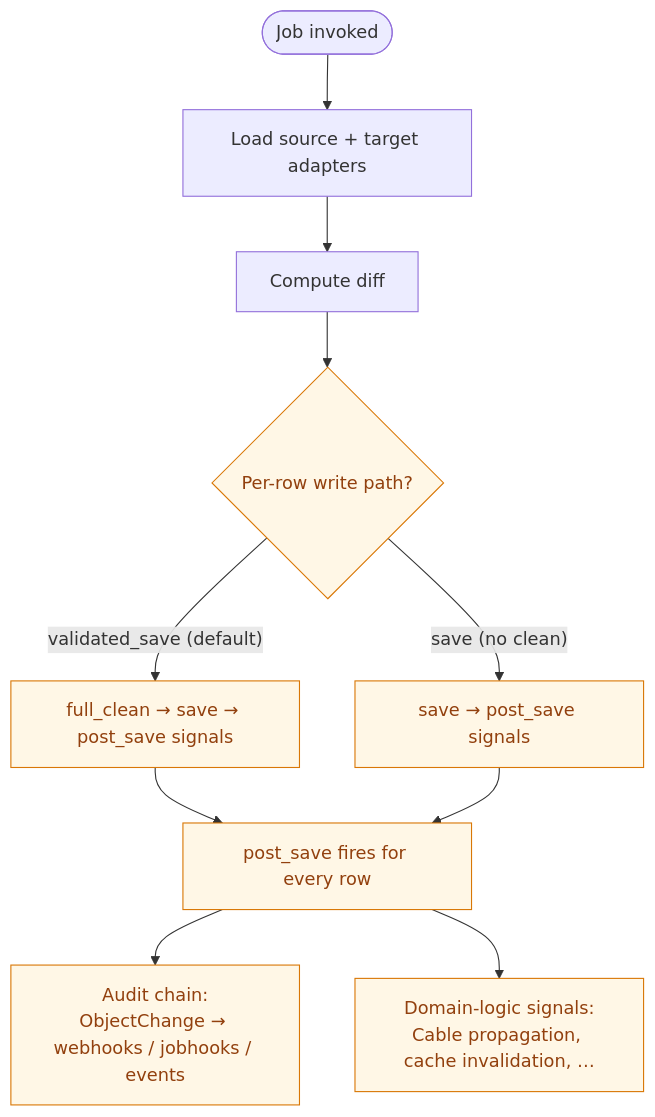
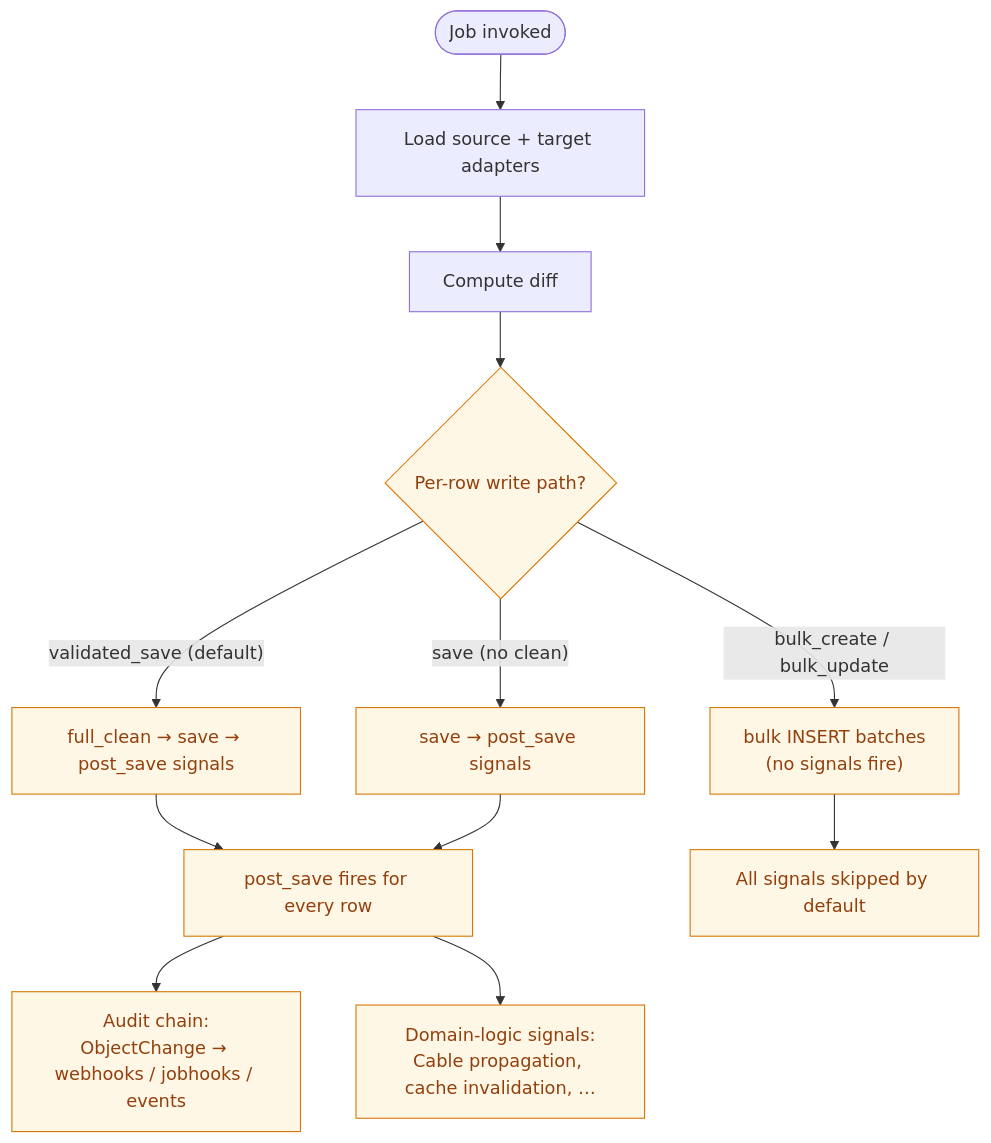
One commit to nautobot/nautobot-app-ssot changed the diagram in docs/dev/performance_validation_menu.md. Above: the diagram before and after it, drawn with Mermaid. The commit also changed other lines of this file and 4 other files, not shown here.

````diff
--- a/docs/dev/performance_validation_menu.md
+++ b/docs/dev/performance_validation_menu.md
@@ -89,17 +83,20 @@
 ```mermaid
 flowchart TD
     Job([Job invoked]) --> Load[Load source + target adapters]
     Load --> Diff[Compute diff]
     Diff --> Apply{Per-row write path?}
 
     Apply -->|"validated_save (default)"| PerRow["full_clean → save → post_save signals"]
     Apply -->|"save (no clean)"| PerRowNoClean["save → post_save signals"]
+    Apply -->|"bulk_create / bulk_update"| Bulk["bulk INSERT batches<br/>(no signals fire)"]
 
     PerRow --> Signals[post_save fires for every row]
     PerRowNoClean --> Signals
     Signals --> Audit["Audit chain:<br/>ObjectChange → webhooks / jobhooks / events"]
     Signals --> Domain["Domain-logic signals:<br/>Cable propagation, cache invalidation, …"]
 
+    Bulk --> Skipped[All signals skipped by default]
+
     classDef knob fill:#fff7e6,stroke:#d97706,color:#92400e
-    class Apply,PerRow,PerRowNoClean,Signals,Audit,Domain knob
+    class Apply,PerRow,PerRowNoClean,Bulk,Signals,Audit,Domain,Skipped knob
 ```
````
